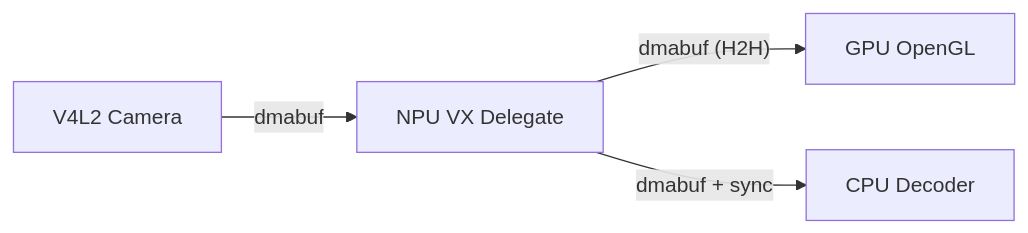
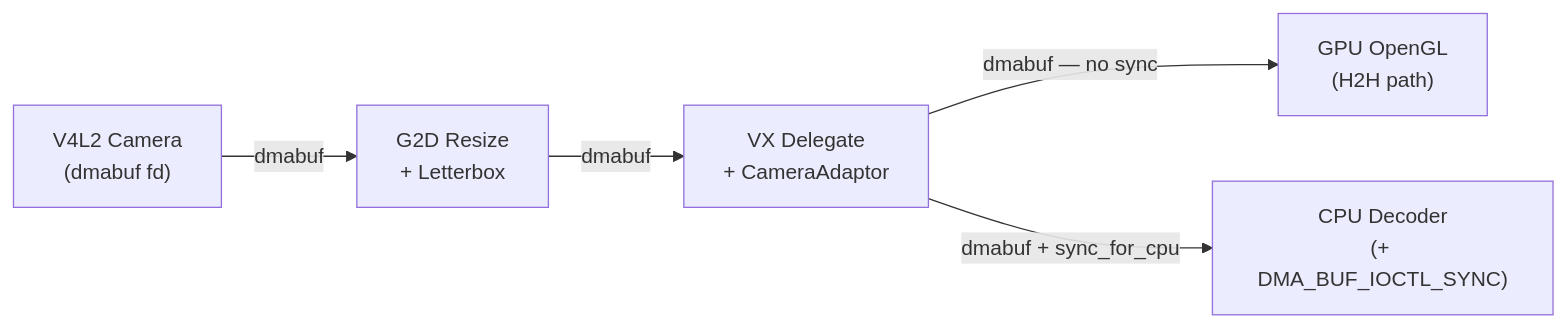
Before and after one commit to EdgeFirstAI/tflite-vx-delegate-imx: the third of 6 diagrams in DMABUF.md, drawn with Mermaid. The commit also changed other lines of this file, not shown here.

Commit message:
DMABUF.md: fix Mermaid node labels — replace \n with <br/>

````diff
--- a/DMABUF.md
+++ b/DMABUF.md
@@ -135,11 +114,13 @@
 ```mermaid
 flowchart LR
-    V4L2[V4L2 Camera]
-    NPU[NPU VX Delegate]
-    GPU[GPU OpenGL]
-    CPU[CPU Decoder]
+    V4L2["V4L2 Camera<br/>(dmabuf fd)"]
+    G2D["G2D Resize<br/>+ Letterbox"]
+    NPU["VX Delegate<br/>+ CameraAdaptor"]
+    GPU["GPU OpenGL<br/>(H2H path)"]
+    CPU["CPU Decoder<br/>(+ DMA_BUF_IOCTL_SYNC)"]
 
-    V4L2 -->|dmabuf| NPU
-    NPU -->|"dmabuf (H2H)"| GPU
-    NPU -->|"dmabuf + sync"| CPU
+    V4L2 -->|dmabuf| G2D
+    G2D -->|dmabuf| NPU
+    NPU -->|dmabuf — no sync| GPU
+    NPU -->|dmabuf + sync_for_cpu| CPU
 ```
````
